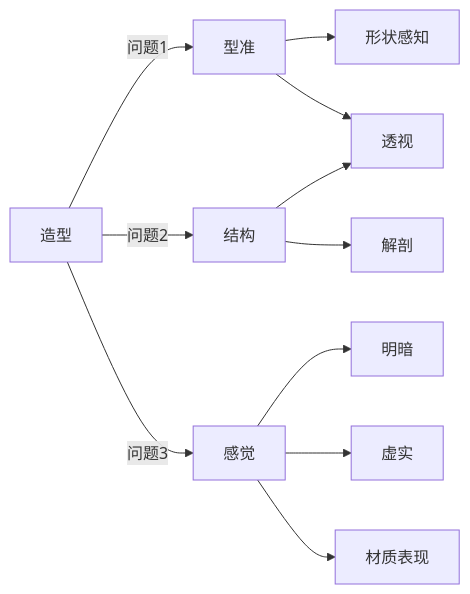
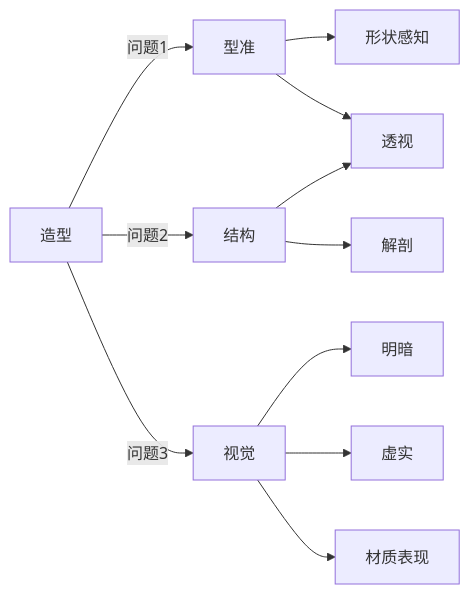
The third of 6 diagrams in 基本功/油画.md (pehmc/freud), drawn with Mermaid before and after one commit. The commit also changed other lines of this file and 6 other files, not shown here.

````diff
--- a/基本功/油画.md
+++ b/基本功/油画.md
@@ -88,13 +90,13 @@
 ```mermaid
 flowchart LR
   Style[造型] --> |问题1|Precise[型准]
   Style --> |问题2|Struct[结构]
-  Style --> |问题3|Feel[感觉]
+  Style --> |问题3|Feel[视觉]
   Precise --> Shape[形状感知]
   Precise --> Pres[透视]
   Struct --> Anat[解剖]
   Struct --> Pres[透视]
   Feel --> Light[明暗]
   Feel --> Real[虚实]
   Feel --> Mate[材质表现]
 ```
````
